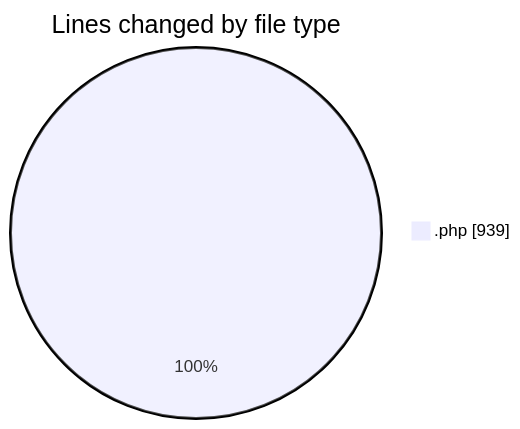
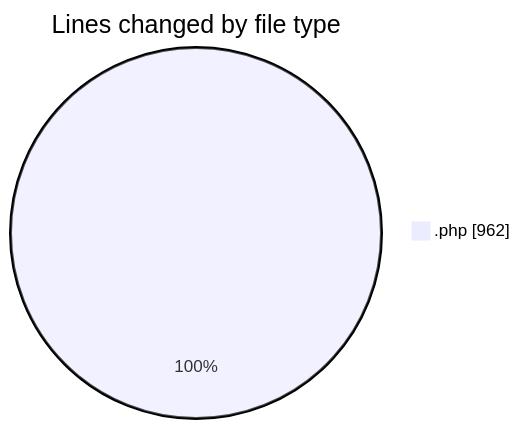
One commit to debugP/code-tracking changed the first of 2 diagrams in 2025-09-25/plugins/README.md. Above: the diagram before and after it, drawn with Mermaid. The commit also changed other lines of this file and 1 other file, not shown here.

````diff
--- a/2025-09-25/plugins/README.md
+++ b/2025-09-25/plugins/README.md
@@ -20,5 +20,5 @@
 ```mermaid
 pie showData
 title Lines changed by file type
-".php" : 939
+".php" : 962
 ```
````
